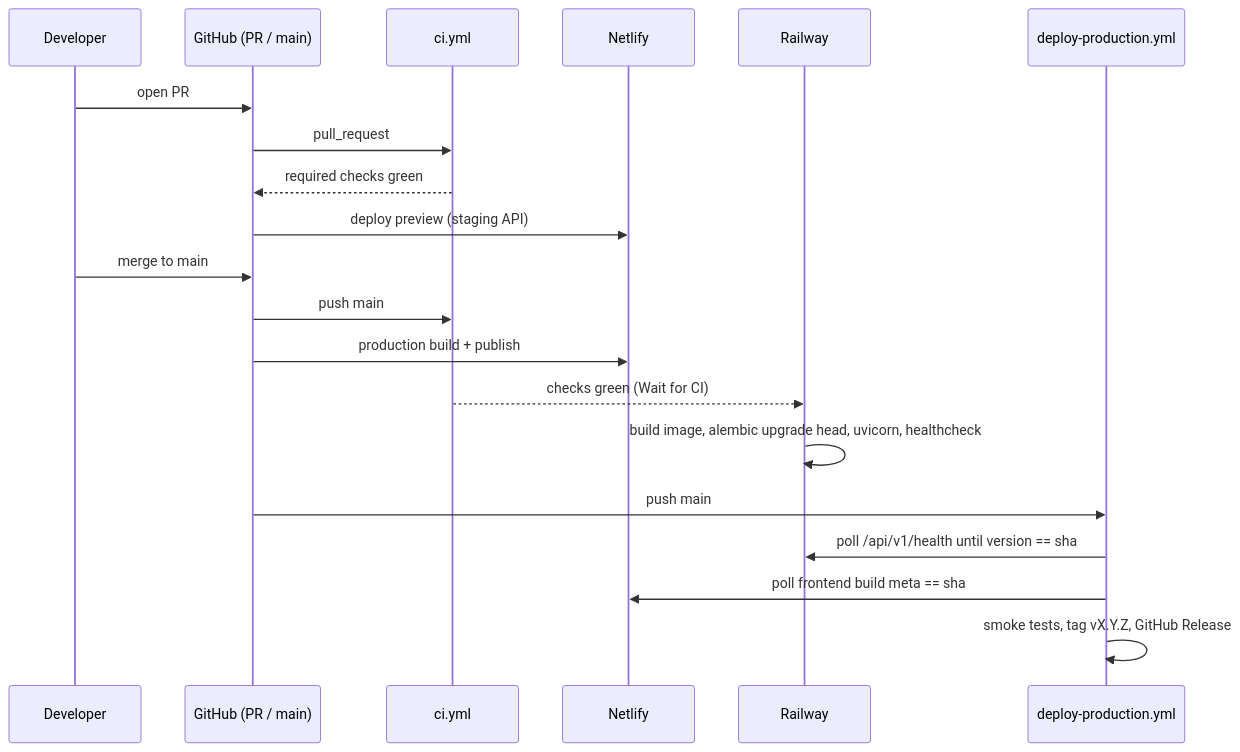
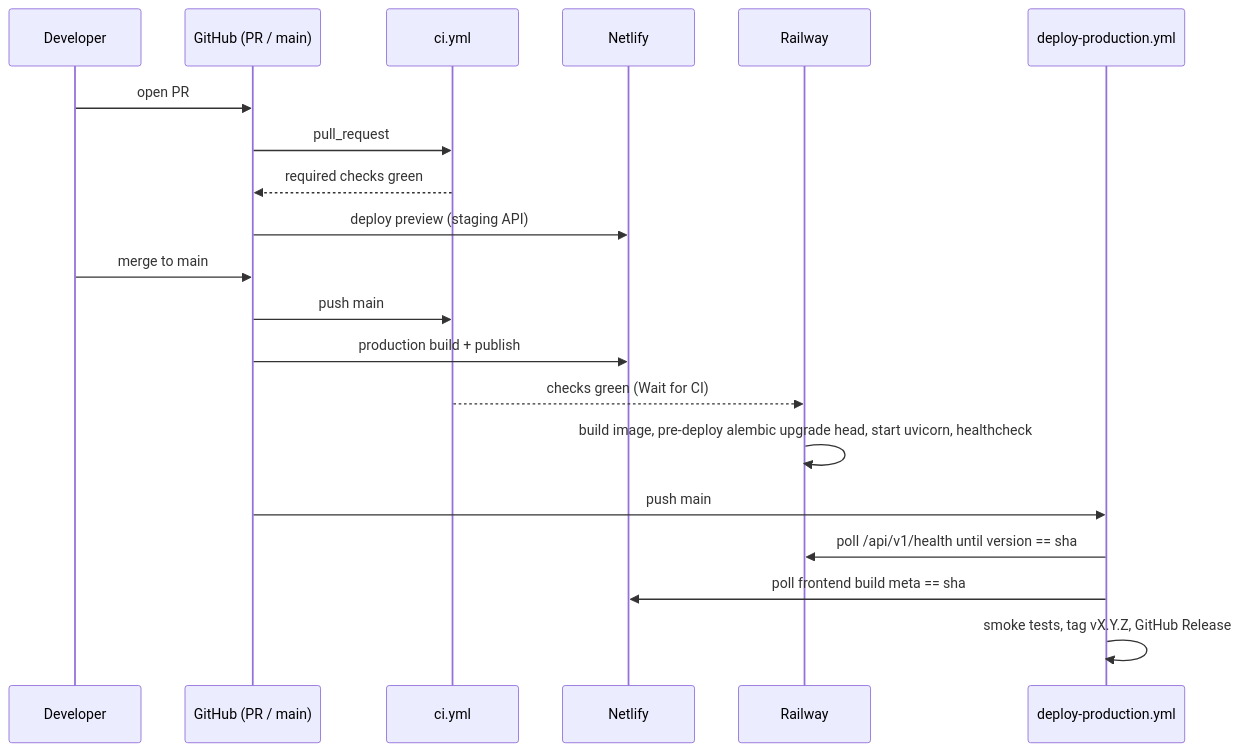
The diagram in specs/TRD/16_CI_CD_Pipeline_Spec.md (EchoWellApp/echowell), drawn with Mermaid before and after one commit. The commit also changed other lines of this file and 26 other files, not shown here.

````diff
--- a/specs/TRD/16_CI_CD_Pipeline_Spec.md
+++ b/specs/TRD/16_CI_CD_Pipeline_Spec.md
@@ -69,22 +69,22 @@
 ```mermaid
 sequenceDiagram
   participant Dev as Developer
   participant GH as GitHub (PR / main)
   participant CI as ci.yml
   participant NF as Netlify
   participant RW as Railway
   participant DV as deploy-production.yml
   Dev->>GH: open PR
   GH->>CI: pull_request
   CI-->>GH: required checks green
   GH->>NF: deploy preview (staging API)
   Dev->>GH: merge to main
   GH->>CI: push main
   GH->>NF: production build + publish
   CI-->>RW: checks green (Wait for CI)
-  RW->>RW: build image, alembic upgrade head, uvicorn, healthcheck
+  RW->>RW: build image, pre-deploy alembic upgrade head, start uvicorn, healthcheck
   GH->>DV: push main
   DV->>RW: poll /api/v1/health until version == sha
   DV->>NF: poll frontend build meta == sha
   DV->>DV: smoke tests, tag vX.Y.Z, GitHub Release
 ```
````
